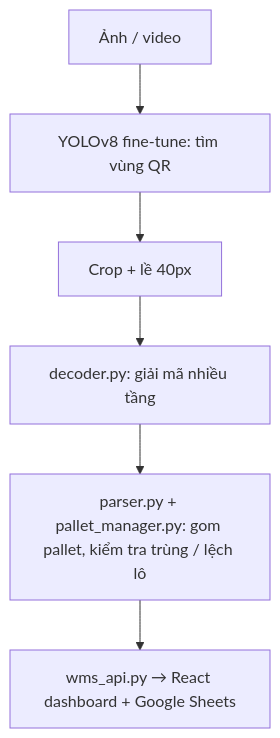
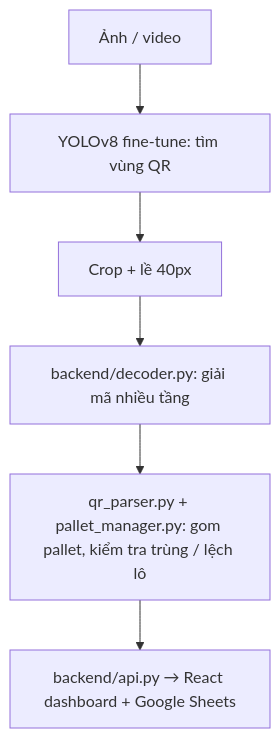
The diagram in README.md (VUDUCQUY/AI-Camera-Vision), drawn with Mermaid before and after one commit. The commit also changed other lines of this file and 69 other files, not shown here.

````diff
--- a/README.md
+++ b/README.md
@@ -12,8 +24,8 @@
 ```mermaid
 graph TD
     A[Ảnh / video] --> B[YOLOv8 fine-tune: tìm vùng QR]
     B --> C[Crop + lề 40px]
-    C --> D[decoder.py: giải mã nhiều tầng]
-    D --> E[parser.py + pallet_manager.py: gom pallet, kiểm tra trùng / lệch lô]
-    E --> F[wms_api.py → React dashboard + Google Sheets]
+    C --> D[backend/decoder.py: giải mã nhiều tầng]
+    D --> E[qr_parser.py + pallet_manager.py: gom pallet, kiểm tra trùng / lệch lô]
+    E --> F[backend/api.py → React dashboard + Google Sheets]
 ```
````
